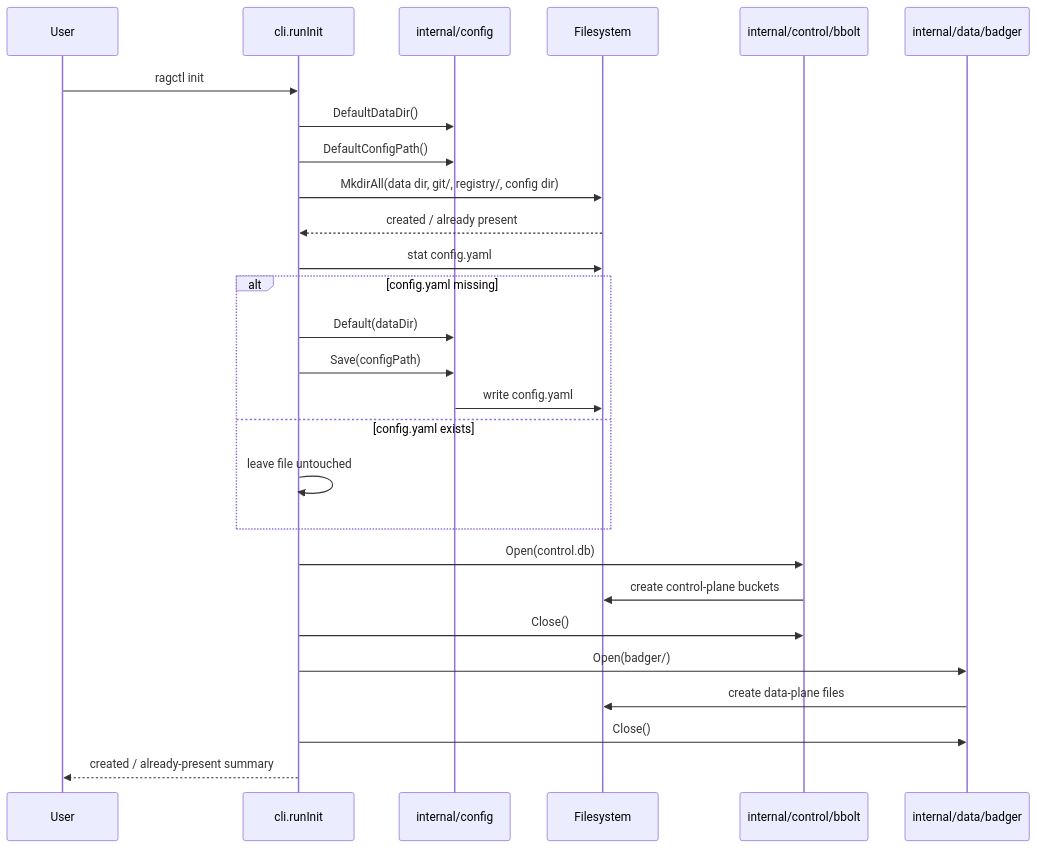
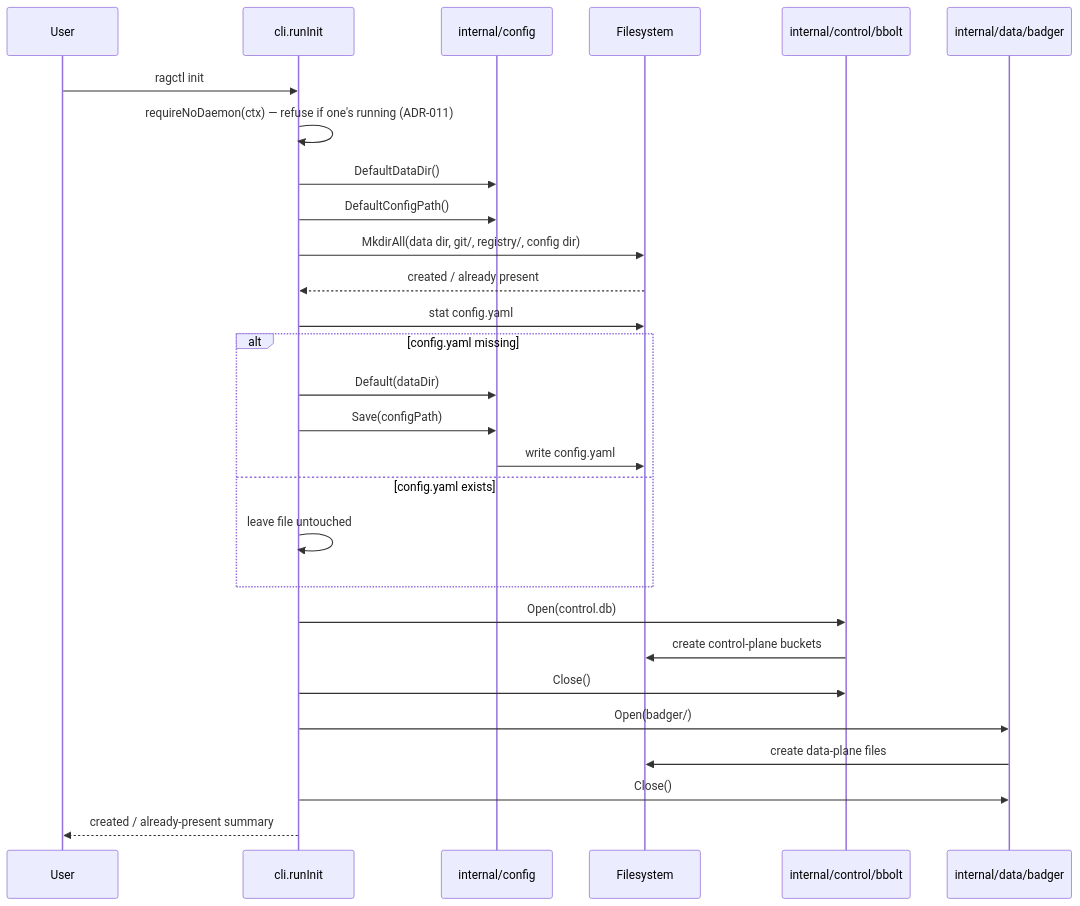
Before and after one commit to aleutian-ai/depctl: the third of 12 diagrams in docs/architecture.md, drawn with Mermaid. The commit also changed other lines of this file and 4 other files, not shown here.

````diff
--- a/docs/architecture.md
+++ b/docs/architecture.md
@@ -129,30 +147,31 @@
 ```mermaid
 sequenceDiagram
     participant User
     participant CLI as cli.runInit
     participant Config as internal/config
     participant FS as Filesystem
     participant Bbolt as internal/control/bbolt
     participant Badger as internal/data/badger
 
     User->>CLI: ragctl init
+    CLI->>CLI: requireNoDaemon(ctx) — refuse if one's running (ADR-011)
     CLI->>Config: DefaultDataDir()
     CLI->>Config: DefaultConfigPath()
     CLI->>FS: MkdirAll(data dir, git/, registry/, config dir)
     FS-->>CLI: created / already present
     CLI->>FS: stat config.yaml
     alt config.yaml missing
         CLI->>Config: Default(dataDir)
         CLI->>Config: Save(configPath)
         Config->>FS: write config.yaml
     else config.yaml exists
         CLI->>CLI: leave file untouched
     end
     CLI->>Bbolt: Open(control.db)
     Bbolt->>FS: create control-plane buckets
     CLI->>Bbolt: Close()
     CLI->>Badger: Open(badger/)
     Badger->>FS: create data-plane files
     CLI->>Badger: Close()
     CLI-->>User: created / already-present summary
 ```
````
